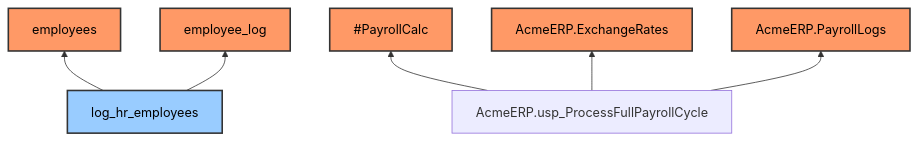
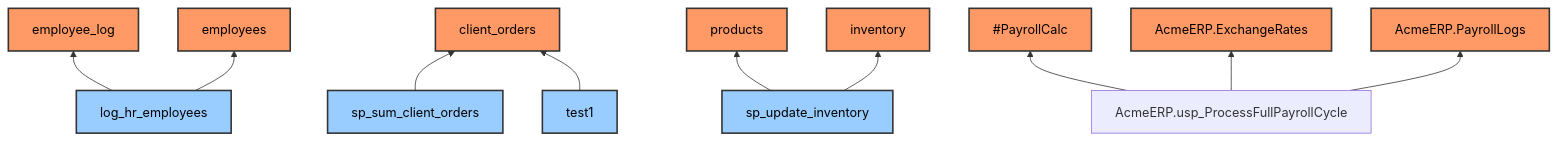
One commit to 25Jayesh10/Data_Lineage_Analyzer changed the diagram in diagrams/lineage.mmd. Above: the diagram before and after it, drawn with Mermaid. The commit also changed 10 other files, not shown here.

```diff
--- a/diagrams/lineage.mmd
+++ b/diagrams/lineage.mmd
@@ -1,11 +1,15 @@
 graph BT
     %% Node styles
     classDef table fill:#f96,stroke:#333,stroke-width:2px,color:#000;
     classDef stored_proc fill:#9cf,stroke:#333,stroke-width:2px ,color:#000;
+    log_hr_employees --> employee_log
     log_hr_employees --> employees
-    log_hr_employees --> employee_log
+    sp_sum_client_orders --> client_orders
+    test1 --> client_orders
+    sp_update_inventory --> products
+    sp_update_inventory --> inventory
     AcmeERP.usp_ProcessFullPayrollCycle --> #PayrollCalc
     AcmeERP.usp_ProcessFullPayrollCycle --> AcmeERP.ExchangeRates
     AcmeERP.usp_ProcessFullPayrollCycle --> AcmeERP.PayrollLogs
-    class AcmeERP.PayrollLogs,AcmeERP.ExchangeRates,#PayrollCalc,employees,employee_log table;
-    class log_hr_employees stored_proc;
+    class #PayrollCalc,AcmeERP.PayrollLogs,employees,AcmeERP.ExchangeRates,employee_log,products,inventory,client_orders table;
+    class sp_update_inventory,test1,log_hr_employees,sp_sum_client_orders stored_proc;
```
